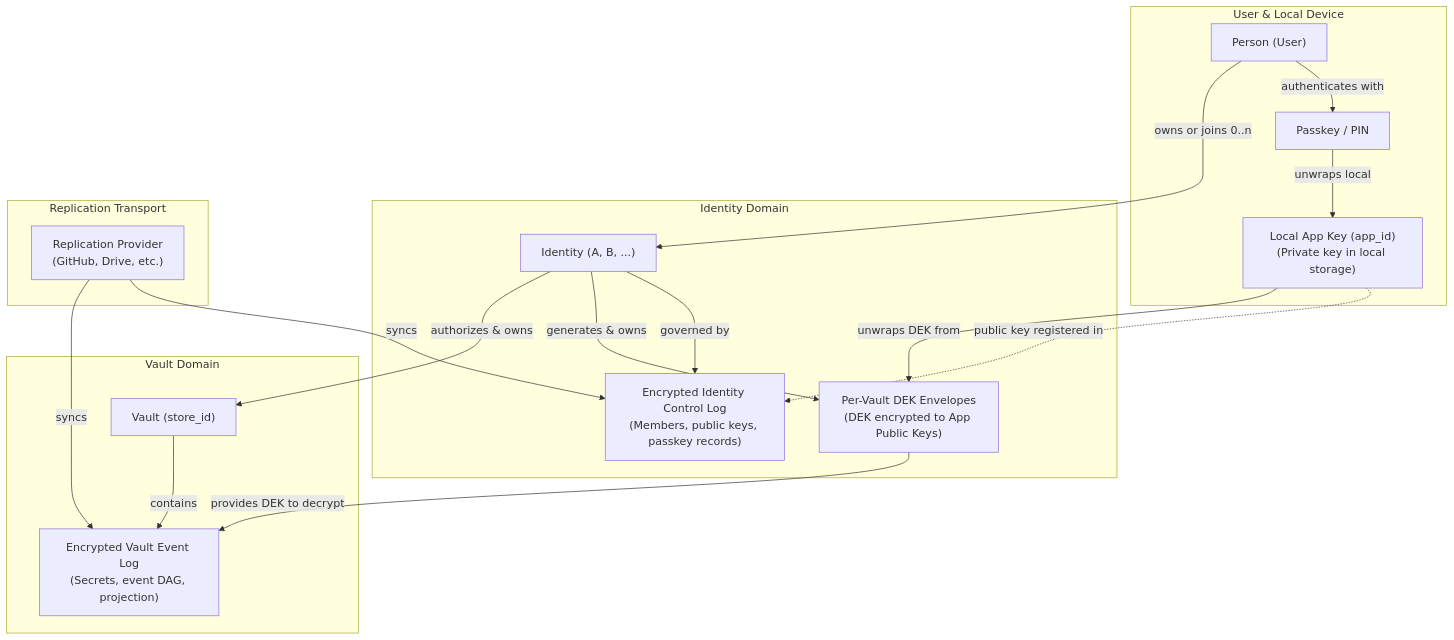
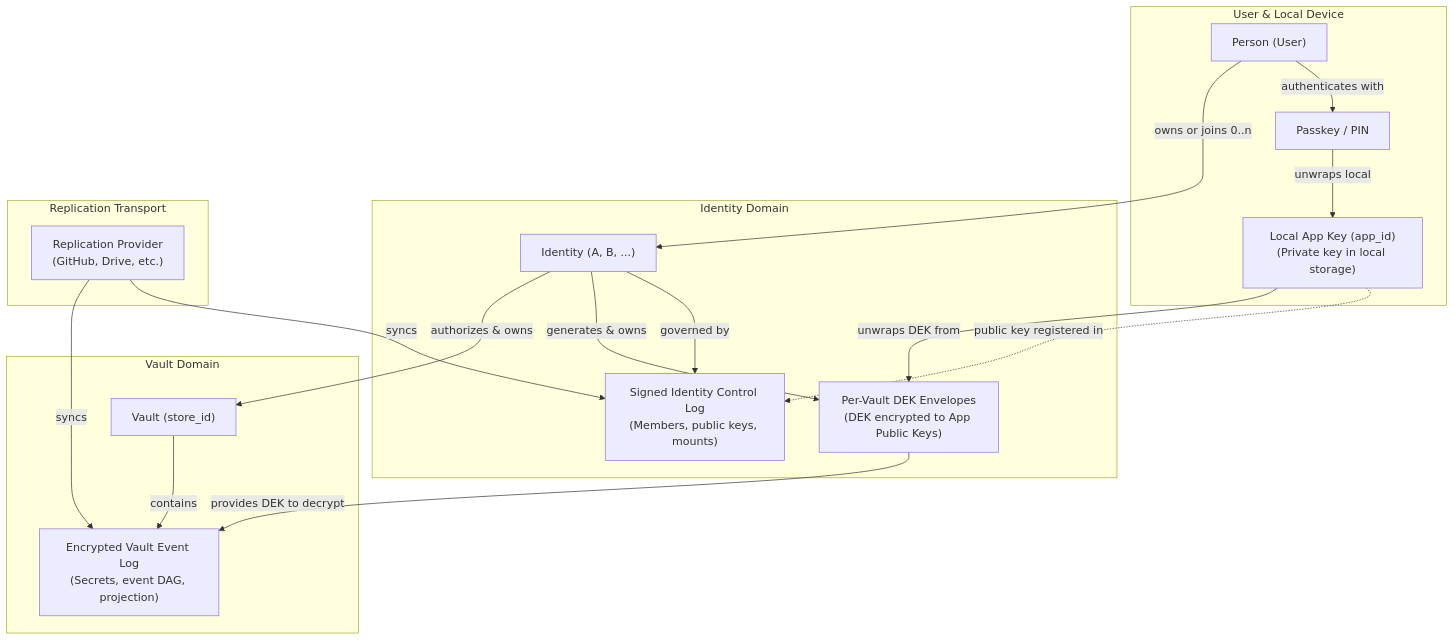
Before and after one commit to meta-secret/nook: the diagram in nook-app/nook-platform/.cortex/docs/architecture/identity-vault-architecture.md, drawn with Mermaid. The commit also changed other lines of this file and 402 other files, not shown here.

````diff
--- a/nook-app/nook-platform/.cortex/docs/architecture/identity-vault-architecture.md
+++ b/nook-app/nook-platform/.cortex/docs/architecture/identity-vault-architecture.md
@@ -37,37 +38,37 @@
 ```mermaid
 flowchart TD
     subgraph UserDevice["User & Local Device"]
         Person["Person (User)"]
         Passkey["Passkey / PIN"]
         AppKey["Local App Key (app_id)<br/>(Private key in local storage)"]
         Person -->|"authenticates with"| Passkey
         Passkey -->|"unwraps local"| AppKey
     end
 
     subgraph IdentityDomain["Identity Domain"]
         Identity["Identity (A, B, ...)"]
-        IdentityLog["Encrypted Identity Control Log<br/>(Members, public keys, passkey records)"]
+        IdentityLog["Signed Identity Control Log<br/>(Members, public keys, mounts)"]
         DekEnvelopes["Per-Vault DEK Envelopes<br/>(DEK encrypted to App Public Keys)"]
 
         Person -->|"owns or joins 0..n"| Identity
         Identity -->|"governed by"| IdentityLog
         Identity -->|"generates & owns"| DekEnvelopes
         AppKey -.->|"public key registered in"| IdentityLog
         AppKey -->|"unwraps DEK from"| DekEnvelopes
     end
 
     subgraph VaultDomain["Vault Domain"]
         Vault["Vault (store_id)"]
         VaultLog["Encrypted Vault Event Log<br/>(Secrets, event DAG, projection)"]
 
         Identity -->|"authorizes & owns"| Vault
         Vault -->|"contains"| VaultLog
         DekEnvelopes -->|"provides DEK to decrypt"| VaultLog
     end
 
     subgraph ReplicationDomain["Replication Transport"]
         Provider["Replication Provider<br/>(GitHub, Drive, etc.)"]
         Provider -->|"syncs"| IdentityLog
         Provider -->|"syncs"| VaultLog
     end
 ```
````
